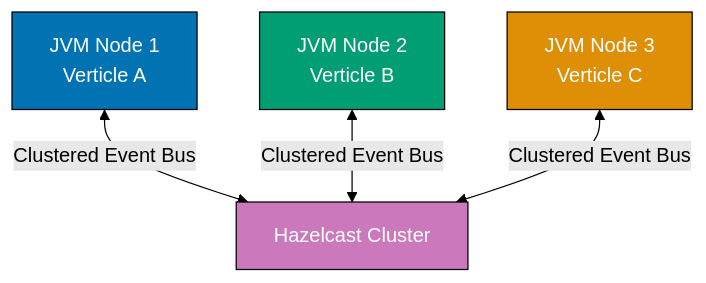
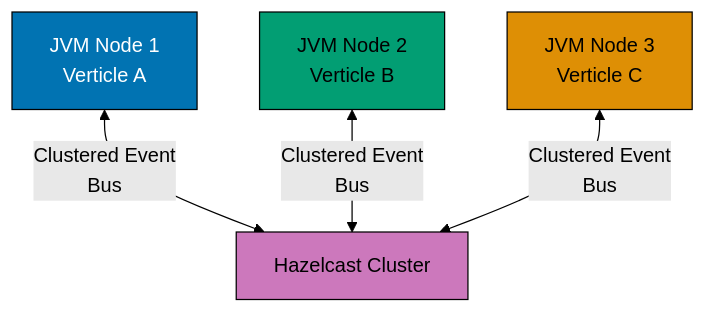
Before and after one commit to wahidyankf/ose-public: the diagram in apps/ayokoding-www/content/en/learn/legacy/software-engineering/platforms/web/tools/jvm-vertx/by-example/advanced.md, drawn with Mermaid (forest theme). The commit also changed 130 other files, not shown here.

First line of the commit message:
fix(mermaid): bring the legacy platforms diagrams onto the accessible palette

````diff
--- a/apps/ayokoding-www/content/en/learn/legacy/software-engineering/platforms/web/tools/jvm-vertx/by-example/advanced.md
+++ b/apps/ayokoding-www/content/en/learn/legacy/software-engineering/platforms/web/tools/jvm-vertx/by-example/advanced.md
@@ -31,11 +31,18 @@
 ```mermaid
 graph TD
-  A["JVM Node 1<br/>Verticle A"] <-->|"Clustered Event Bus"| C["Hazelcast Cluster"]
-  B["JVM Node 2<br/>Verticle B"] <-->|"Clustered Event Bus"| C
-  D["JVM Node 3<br/>Verticle C"] <-->|"Clustered Event Bus"| C
+  accTitle: Example 56: Clustered Vert.x with Hazelcast
+  accDescr: Graph with 4 nodes and 3 connections. Nodes: JVM Node 1 Verticle A, Hazelcast Cluster, JVM Node 2 Verticle B, JVM Node 3 Verticle C. Connections: JVM Node 1 Verticle A to Hazelcast Cluster (Clustered Event Bus), JVM Node 2 Verticle B to Hazelcast Cluster (Clustered Event Bus), JVM Node 3 Verticle C to Hazelcast Cluster (Clustered Event Bus).
+  A["JVM Node 1<br/>Verticle A"] <-->|"Clustered Event<br/>Bus"| C["Hazelcast Cluster"]
+  B["JVM Node 2<br/>Verticle B"] <-->|"Clustered Event<br/>Bus"| C
+  D["JVM Node 3<br/>Verticle C"] <-->|"Clustered Event<br/>Bus"| C
 
-  style A fill:#0173B2,stroke:#000,color:#fff
-  style B fill:#029E73,stroke:#000,color:#fff
-  style D fill:#DE8F05,stroke:#000,color:#fff
-  style C fill:#CC78BC,stroke:#000,color:#fff
+  classDef pal-0173B2 fill:#0173B2,stroke:#000000,color:#FFFFFF
+  class A pal-0173B2
+  classDef pal-029E73 fill:#029E73,stroke:#000000,color:#000000
+  class B pal-029E73
+  classDef pal-DE8F05 fill:#DE8F05,stroke:#000000,color:#000000
+  class D pal-DE8F05
+  classDef pal-CC78BC fill:#CC78BC,stroke:#000000,color:#000000
+  class C pal-CC78BC
+  classDef default fill:#FFFFFF,stroke:#000000,color:#000000
 ```
````
